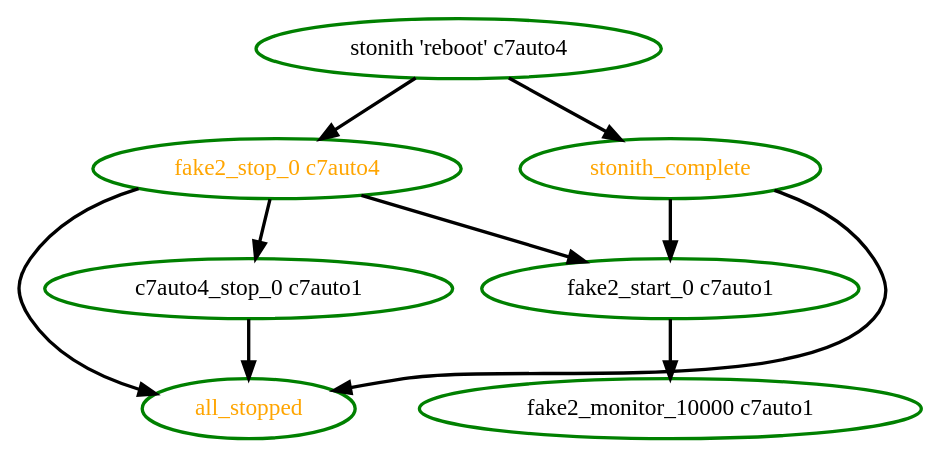
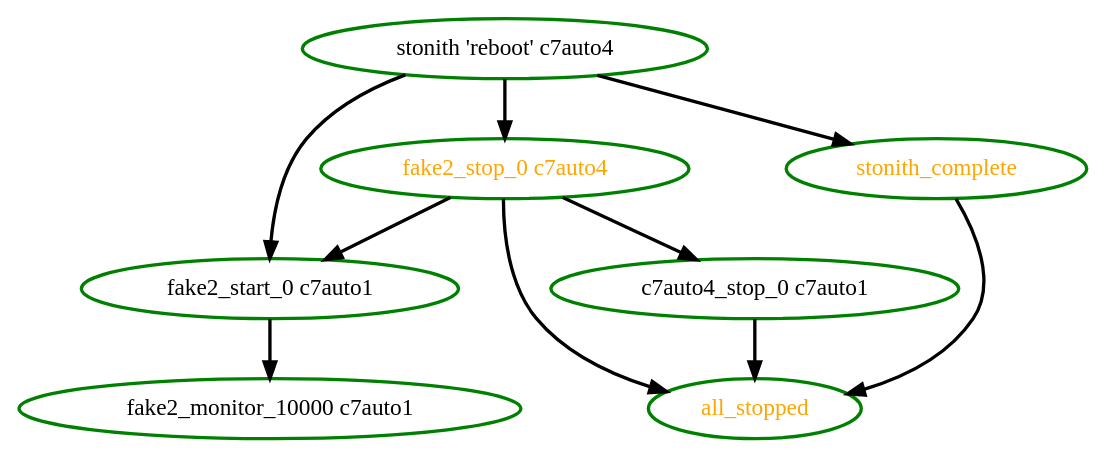
One commit to ClusterLabs/pacemaker changed the diagram in cts/scheduler/remote-fence-before-reconnect.dot. Above: the diagram before and after it, drawn with Graphviz. The commit also changed 144 other files, not shown here.

```diff
--- a/cts/scheduler/remote-fence-before-reconnect.dot
+++ b/cts/scheduler/remote-fence-before-reconnect.dot
@@ -1,18 +1,18 @@
  digraph "g" {
 "all_stopped" [ style=bold color="green" fontcolor="orange"]
 "c7auto4_stop_0 c7auto1" -> "all_stopped" [ style = bold]
 "c7auto4_stop_0 c7auto1" [ style=bold color="green" fontcolor="black"]
 "fake2_monitor_10000 c7auto1" [ style=bold color="green" fontcolor="black"]
 "fake2_start_0 c7auto1" -> "fake2_monitor_10000 c7auto1" [ style = bold]
 "fake2_start_0 c7auto1" [ style=bold color="green" fontcolor="black"]
 "fake2_stop_0 c7auto4" -> "all_stopped" [ style = bold]
 "fake2_stop_0 c7auto4" -> "c7auto4_stop_0 c7auto1" [ style = bold]
 "fake2_stop_0 c7auto4" -> "fake2_start_0 c7auto1" [ style = bold]
 "fake2_stop_0 c7auto4" [ style=bold color="green" fontcolor="orange"]
+"stonith 'reboot' c7auto4" -> "fake2_start_0 c7auto1" [ style = bold]
 "stonith 'reboot' c7auto4" -> "fake2_stop_0 c7auto4" [ style = bold]
 "stonith 'reboot' c7auto4" -> "stonith_complete" [ style = bold]
 "stonith 'reboot' c7auto4" [ style=bold color="green" fontcolor="black"]
 "stonith_complete" -> "all_stopped" [ style = bold]
-"stonith_complete" -> "fake2_start_0 c7auto1" [ style = bold]
 "stonith_complete" [ style=bold color="green" fontcolor="orange"]
 }
```
